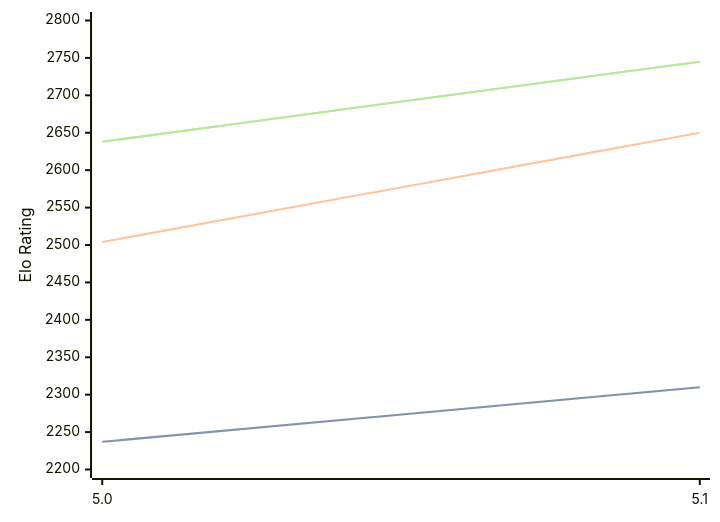
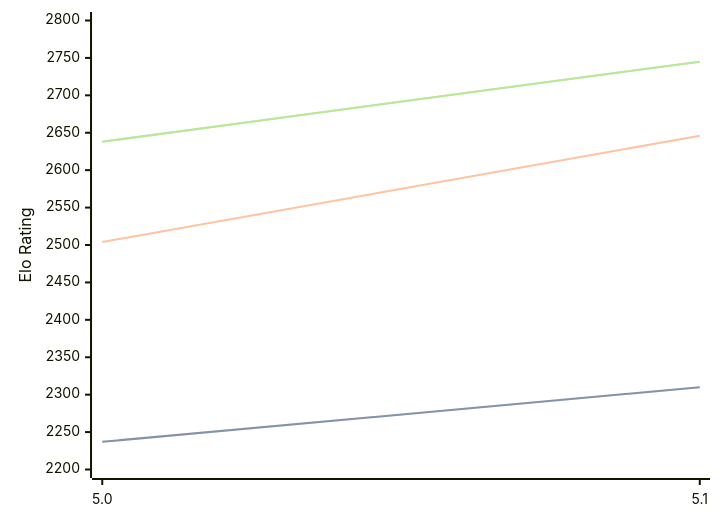
Before and after one commit to computer-chess-index/cci: the diagram in engines/Dorky.md, drawn with Mermaid. The commit also changed other lines of this file, not shown here.

````diff
--- a/engines/Dorky.md
+++ b/engines/Dorky.md
@@ -32,11 +32,11 @@
 ```mermaid
 %%{init: {"theme":"base","themeVariables":{"seriesColors:['#a3a3a3','#222221','#faa371']}}}%%
 xychart-beta
   x-axis ["5.0", "5.1"]
   y-axis "Elo Rating" 2200 --> 2800
   line "" [2237, 2310]
   line "STC (8.0+0.08s)" [2237, 2310]
-  line "LTC (60.0+0.60s)" [2504, 2650]
+  line "LTC (60.0+0.60s)" [2504, 2646]
   line "" [2638, 2745]
   line "VLTC (2m24s+1.12s)" [2638, 2745]
 ```
````
